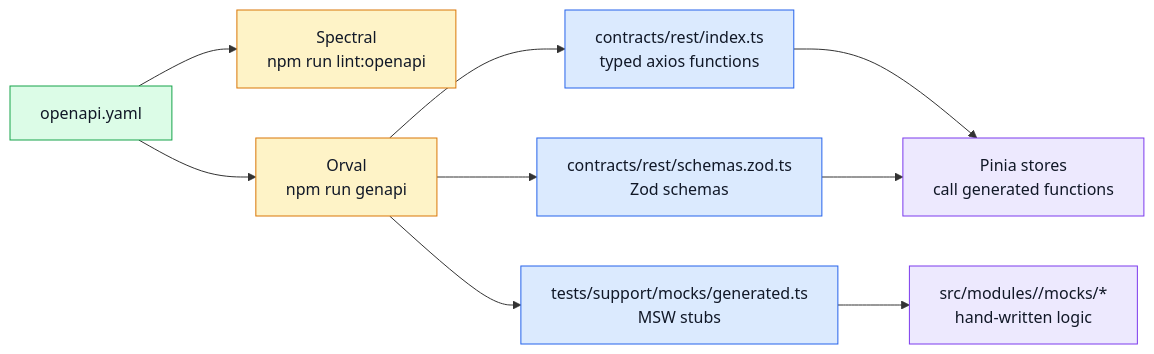
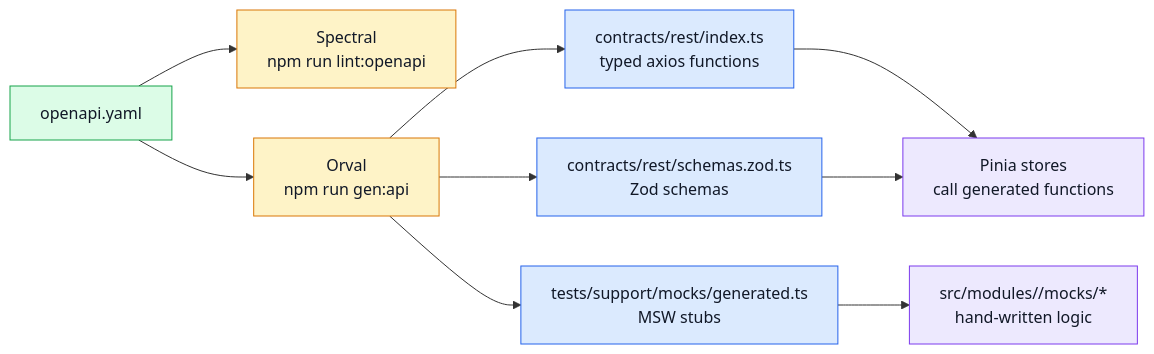
Before and after one commit to Guebbit/boilerplate-vue-frontend: the diagram in docs/api/index.md, drawn with Mermaid. The commit also changed other lines of this file and 51 other files, not shown here.

````diff
--- a/docs/api/index.md
+++ b/docs/api/index.md
@@ -7,21 +7,21 @@
 ```mermaid
 %%{init: {'flowchart': {'nodeSpacing': 50, 'rankSpacing': 65}}}%%
 flowchart LR
     Spec[openapi.yaml] --> Lint[Spectral\nnpm run lint:openapi]
-    Spec --> Generate[Orval\nnpm run genapi]
+    Spec --> Generate[Orval\nnpm run gen:api]
     Generate --> Client[contracts/rest/index.ts\ntyped axios functions]
     Generate --> Schemas[contracts/rest/schemas.zod.ts\nZod schemas]
     Generate --> Mocks[tests/support/mocks/generated.ts\nMSW stubs]
     Client --> Stores[Pinia stores\ncall generated functions]
     Schemas --> Stores
     Mocks --> Handlers[src/modules/<name>/mocks/*\nhand-written logic]
 
     classDef contract fill:#dcfce7,stroke:#16a34a,color:#111827;
     classDef tooling fill:#fef3c7,stroke:#d97706,color:#111827;
     classDef generated fill:#dbeafe,stroke:#2563eb,color:#111827;
     classDef app fill:#ede9fe,stroke:#7c3aed,color:#111827;
     class Spec contract;
     class Lint,Generate tooling;
     class Client,Schemas,Mocks generated;
     class Stores,Handlers app;
 ```
````
